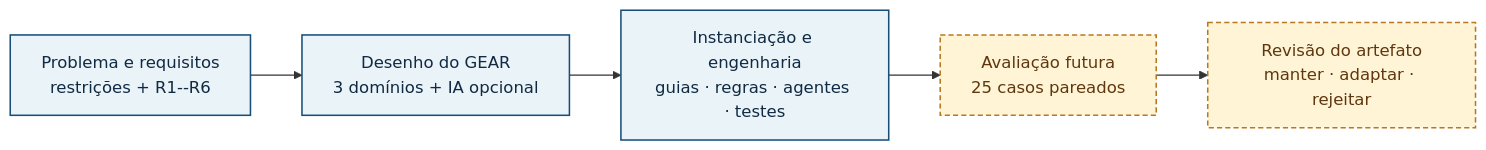
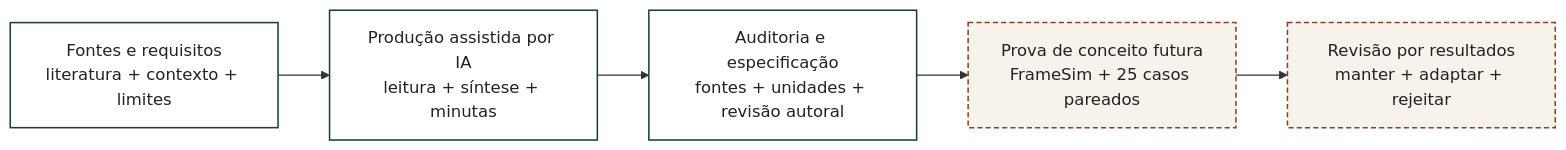
The diagram in GP-Pme Article/overleaf/figures/mermaid/research-pipeline.mmd (andrecodexvictor/GP-Pme), drawn with Mermaid before and after one commit. The commit also changed 37 other files, not shown here.

```diff
--- a/GP-Pme Article/overleaf/figures/mermaid/research-pipeline.mmd
+++ b/GP-Pme Article/overleaf/figures/mermaid/research-pipeline.mmd
@@ -1,11 +1,11 @@
 flowchart LR
-    A["Problema e requisitos<br/>restrições + R1--R6"]
-    A --> B["Desenho do GEAR<br/>3 domínios + IA opcional"]
-    B --> C["Instanciação e engenharia<br/>guias · regras · agentes · testes"]
-    C --> D["Avaliação futura<br/>25 casos pareados"]
-    D --> E["Revisão do artefato<br/>manter · adaptar · rejeitar"]
+    A["Fontes e requisitos<br/>literatura + contexto + limites"]
+    A --> B["Produção assistida por IA<br/>leitura + síntese + minutas"]
+    B --> C["Auditoria e especificação<br/>fontes + unidades + revisão autoral"]
+    C --> D["Prova de conceito futura<br/>FrameSim + 25 casos pareados"]
+    D --> E["Revisão por resultados<br/>manter + adaptar + rejeitar"]
 
-    classDef base fill:#EAF3F8,stroke:#184E77,color:#102A43,stroke-width:1.5px;
-    classDef future fill:#FFF4D6,stroke:#B7791F,color:#5F370E,stroke-width:1.5px,stroke-dasharray: 5 3;
+    classDef base fill:#FFFFFF,stroke:#173F43,color:#202321,stroke-width:1.5px;
+    classDef future fill:#F7F3EC,stroke:#8A421E,color:#202321,stroke-width:1.5px,stroke-dasharray: 5 3;
     class A,B,C base;
     class D,E future;
```
